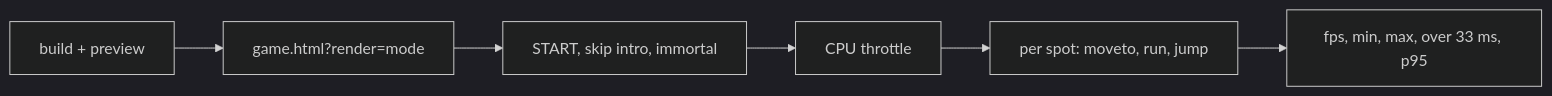
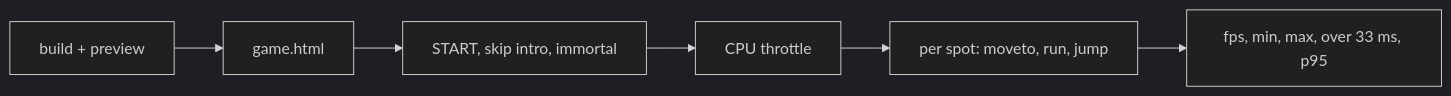
Before and after one commit to pilniczek/colony2080: the sixth of 6 diagrams in docs/rendering.md, drawn with Mermaid (dark theme). The commit also changed other lines of this file and 13 other files, not shown here.

````diff
--- a/docs/rendering.md
+++ b/docs/rendering.md
@@ -186,4 +149,4 @@
 ```mermaid
 flowchart LR
-  b[build + preview] --> o["game.html?render=mode"] --> s[START, skip intro, immortal] --> t[CPU throttle] --> l["per spot: moveto, run, jump"] --> m[fps, min, max, over 33 ms, p95]
+  b[build + preview] --> o[game.html] --> s[START, skip intro, immortal] --> t[CPU throttle] --> l["per spot: moveto, run, jump"] --> m[fps, min, max, over 33 ms, p95]
 ```
````
